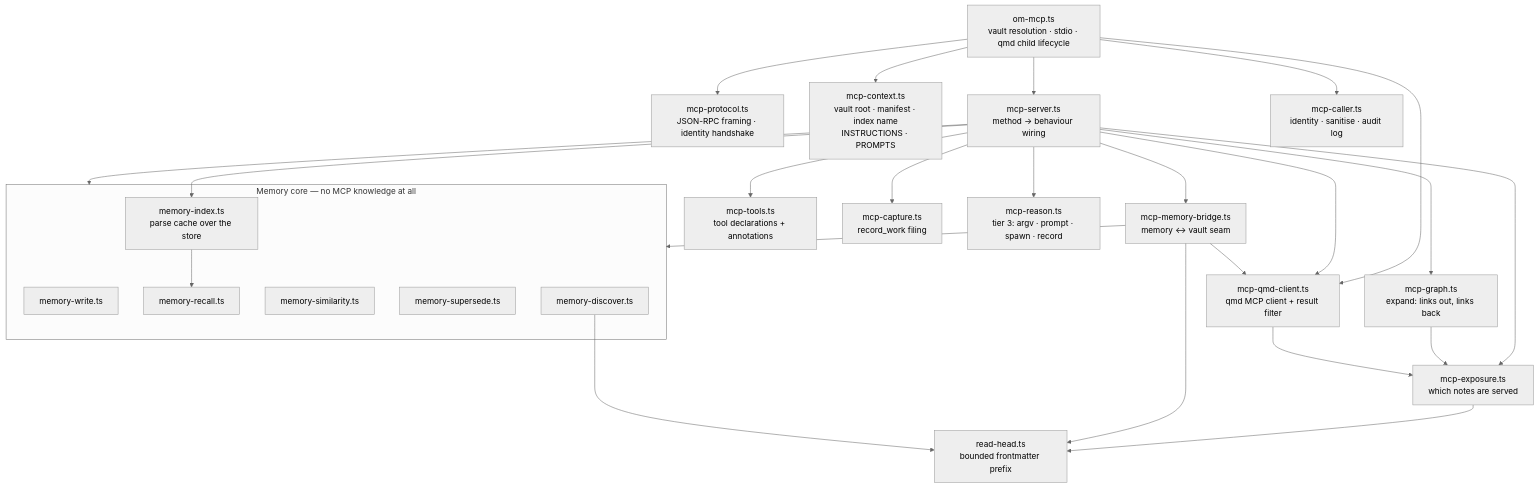
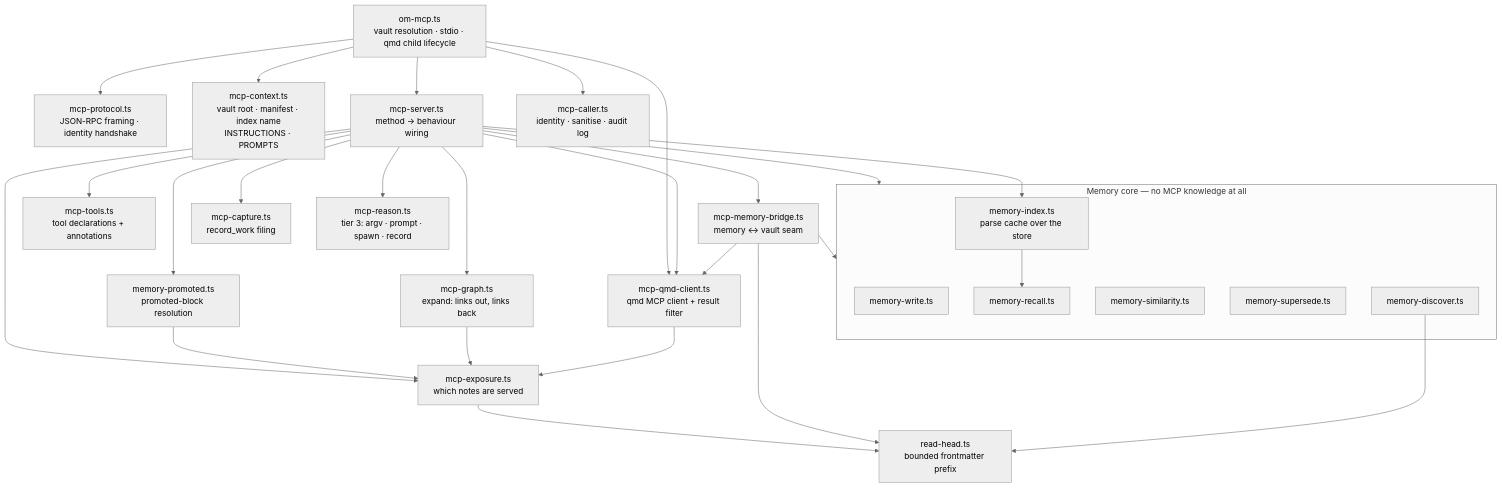
One commit to breferrari/obsidian-mind changed the seventh of 21 diagrams in ARCHITECTURE.md. Above: the diagram before and after it, drawn with Mermaid (neutral theme). The commit also changed other lines of this file and 8 other files, not shown here.

````diff
--- a/ARCHITECTURE.md
+++ b/ARCHITECTURE.md
@@ -383,47 +383,50 @@
 ```mermaid
 flowchart TB
     Entry["om-mcp.ts<br/>vault resolution · stdio · qmd child lifecycle"]
     Proto["mcp-protocol.ts<br/>JSON-RPC framing · identity handshake"]
     Ctx["mcp-context.ts<br/>vault root · manifest · index name<br/>INSTRUCTIONS · PROMPTS"]
     Server["mcp-server.ts<br/>method → behaviour wiring"]
     Tools["mcp-tools.ts<br/>tool declarations + annotations"]
     Exp["mcp-exposure.ts<br/>which notes are served"]
     Qmd["mcp-qmd-client.ts<br/>qmd MCP client + result filter"]
     Graph["mcp-graph.ts<br/>expand: links out, links back"]
     Caller["mcp-caller.ts<br/>identity · sanitise · audit log"]
     Bridge["mcp-memory-bridge.ts<br/>memory ↔ vault seam"]
     Capture["mcp-capture.ts<br/>record_work filing"]
     Reason["mcp-reason.ts<br/>tier 3: argv · prompt · spawn · record"]
+    Promo["memory-promoted.ts<br/>promoted-block resolution"]
     RH["read-head.ts<br/>bounded frontmatter prefix"]
     subgraph Core["Memory core — no MCP knowledge at all"]
         MW["memory-write.ts"]
         MR["memory-recall.ts"]
         MS["memory-similarity.ts"]
         MSup["memory-supersede.ts"]
         MD["memory-discover.ts"]
         Idx["memory-index.ts<br/>parse cache over the store"]
     end
 
     Entry --> Proto
     Entry --> Ctx
     Entry --> Server
     Entry --> Qmd
     Entry --> Caller
     Server --> Tools
     Server --> Exp
     Server --> Graph
     Server --> Bridge
     Server --> Capture
     Server --> Reason
+    Server --> Promo
+    Promo --> Exp
     Server --> Idx
     Server --> Core
     Server --> Qmd
     Idx --> MR
     Graph --> Exp
     Qmd --> Exp
     Bridge --> Core
     Bridge --> Qmd
     Exp --> RH
     Bridge --> RH
     MD --> RH
 ```
````
